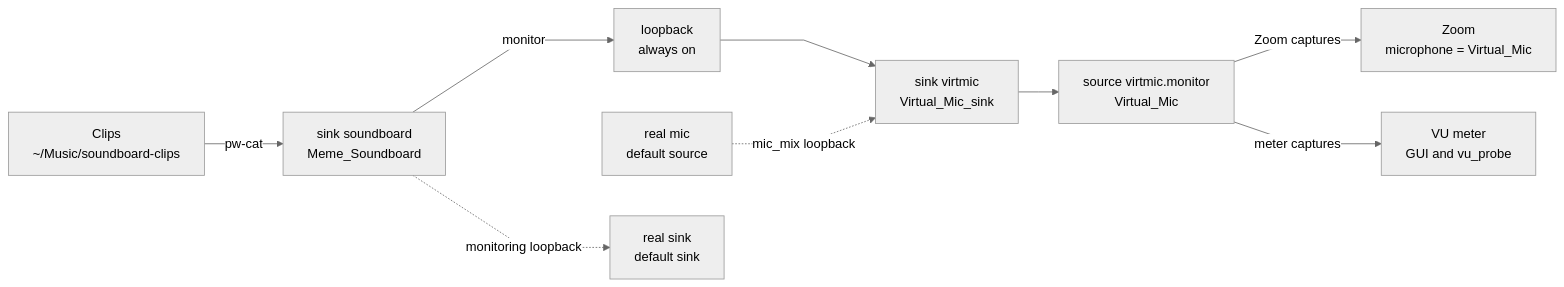
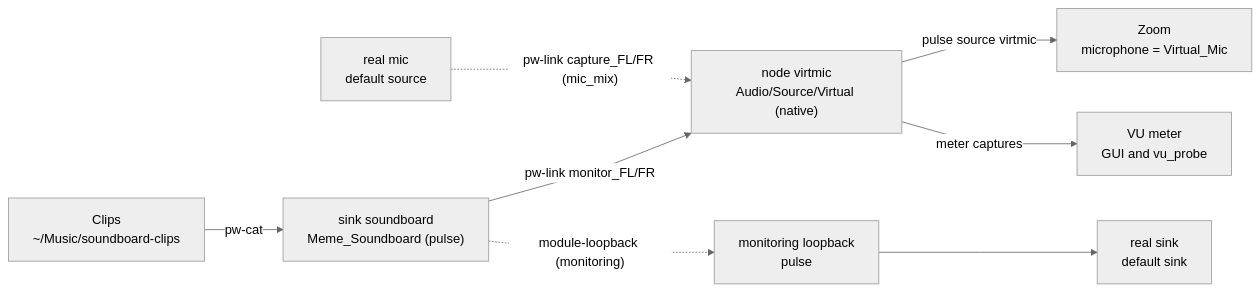
The first of 2 diagrams in docs/hld.md (wsgoggway/soundboard), drawn with Mermaid (neutral theme) before and after one commit. The commit also changed other lines of this file and 4 other files, not shown here.

First line of the commit message:
docs: native virtmic node recipe, ADR 0004, updated hld/readme

````diff
--- a/docs/hld.md
+++ b/docs/hld.md
@@ -33,22 +37,20 @@
 ```mermaid
 %%{init: {'flowchart': {'curve': 'linear'}}}%%
 flowchart LR
     CLIPS["Clips<br/>~/Music/soundboard-clips"]
-    SB["sink soundboard<br/>Meme_Soundboard"]
-    LB["loopback<br/>always on"]
-    VM["sink virtmic<br/>Virtual_Mic_sink"]
-    MON["source virtmic.monitor<br/>Virtual_Mic"]
+    SB["sink soundboard<br/>Meme_Soundboard (pulse)"]
+    VM["node virtmic<br/>Audio/Source/Virtual (native)"]
     MIC["real mic<br/>default source"]
     RS["real sink<br/>default sink"]
+    LB["monitoring loopback<br/>pulse"]
     ZOOM["Zoom<br/>microphone = Virtual_Mic"]
     VU["VU meter<br/>GUI and vu_probe"]
 
     CLIPS -->|"pw-cat"| SB
-    SB -->|"monitor"| LB
-    LB --> VM
-    MIC -.->|"mic_mix loopback"| VM
-    SB -.->|"monitoring loopback"| RS
-    VM --> MON
-    MON -->|"Zoom captures"| ZOOM
-    MON -->|"meter captures"| VU
+    SB -->|"pw-link monitor_FL/FR"| VM
+    MIC -.->|"pw-link capture_FL/FR (mic_mix)"| VM
+    SB -.->|"module-loopback (monitoring)"| LB
+    LB --> RS
+    VM -->|"pulse source virtmic"| ZOOM
+    VM -->|"meter captures"| VU
 ```
````
